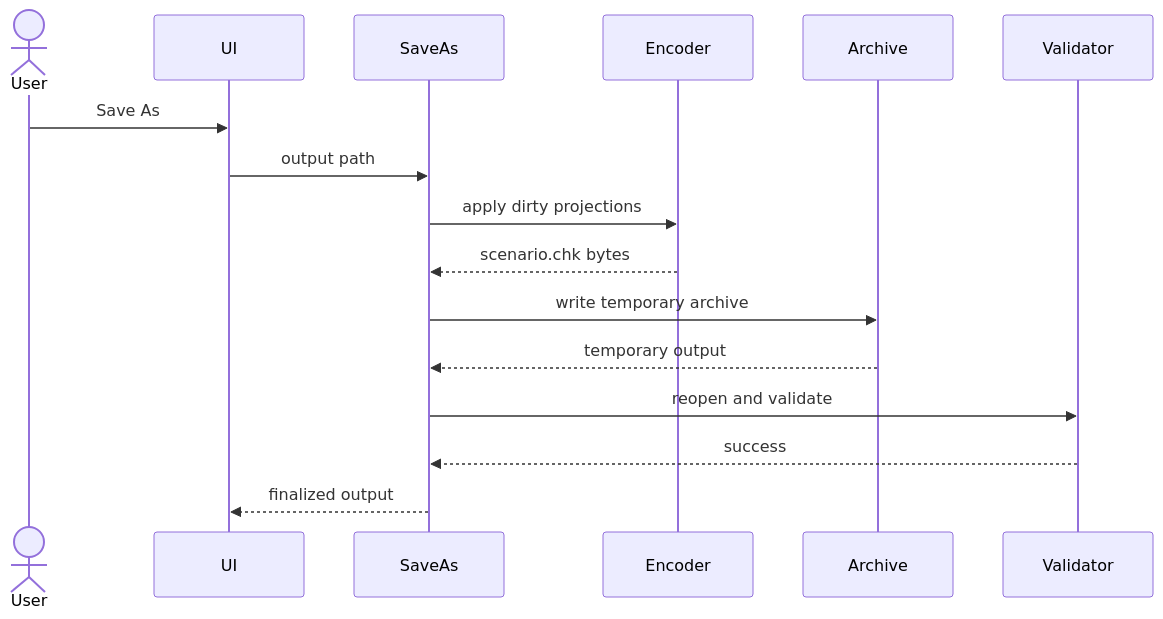
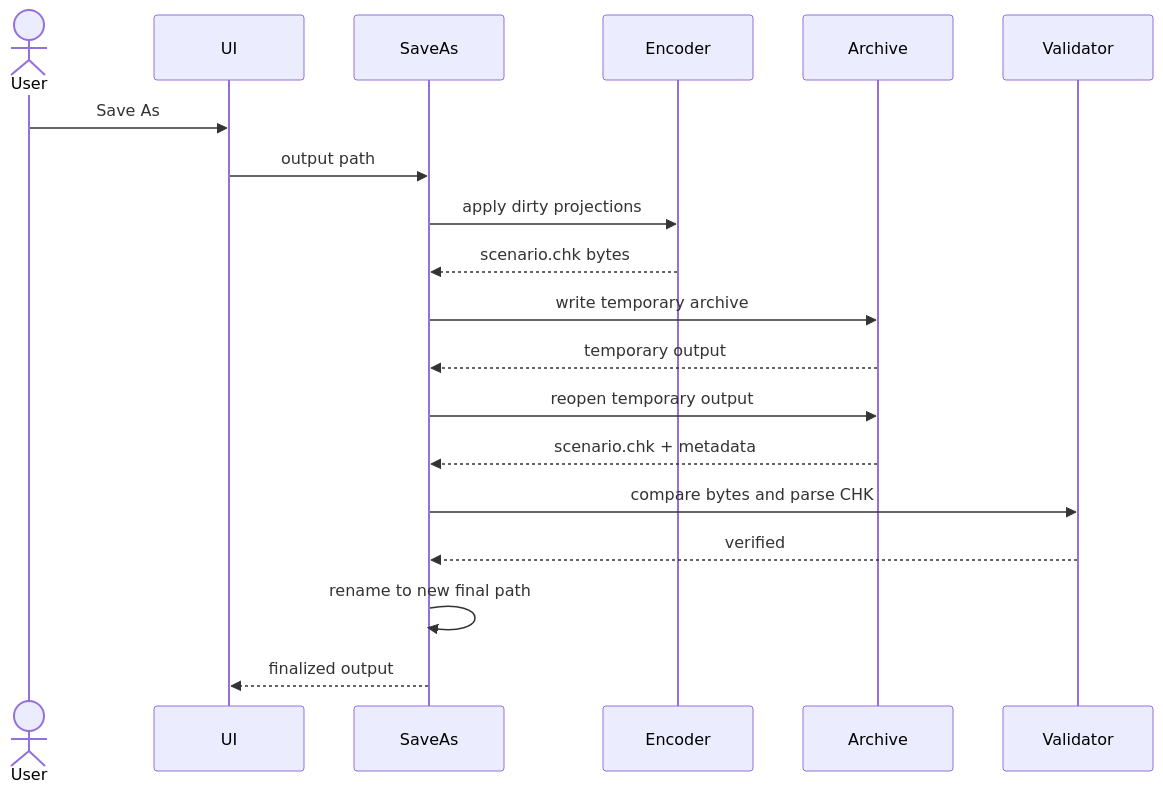
Before and after one commit to blackvrice/starcraft_map_editor: the fourth of 4 diagrams in docs/ARCHITECTURE.md, drawn with Mermaid. The commit also changed other lines of this file and 28 other files, not shown here.

Commit message:
feat: implement verified save as workflow

````diff
--- a/docs/ARCHITECTURE.md
+++ b/docs/ARCHITECTURE.md
@@ -314,19 +321,22 @@
 ```mermaid
 sequenceDiagram
     actor User
     participant UI
     participant SaveAs
     participant Encoder
     participant Archive
     participant Validator
 
     User->>UI: Save As
     UI->>SaveAs: output path
     SaveAs->>Encoder: apply dirty projections
     Encoder-->>SaveAs: scenario.chk bytes
     SaveAs->>Archive: write temporary archive
     Archive-->>SaveAs: temporary output
-    SaveAs->>Validator: reopen and validate
-    Validator-->>SaveAs: success
+    SaveAs->>Archive: reopen temporary output
+    Archive-->>SaveAs: scenario.chk + metadata
+    SaveAs->>Validator: compare bytes and parse CHK
+    Validator-->>SaveAs: verified
+    SaveAs->>SaveAs: rename to new final path
     SaveAs-->>UI: finalized output
 ```
````
